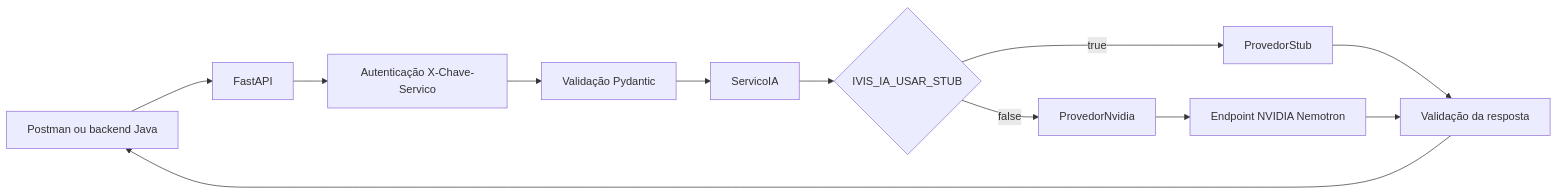
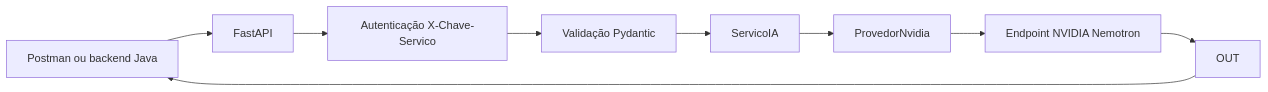
Before and after one commit to JoaoLRS/IVIS: the diagram in etc/plano/iaApi/Guia_Codigo_API_IA.md, drawn with Mermaid. The commit also changed other lines of this file and 363 other files, not shown here.

````diff
--- a/etc/plano/iaApi/Guia_Codigo_API_IA.md
+++ b/etc/plano/iaApi/Guia_Codigo_API_IA.md
@@ -14,14 +14,11 @@
 ```mermaid
 flowchart LR
     C[Postman ou backend Java] --> API[FastAPI]
     API --> AUTH[Autenticação X-Chave-Servico]
     AUTH --> SCH[Validação Pydantic]
     SCH --> SVC[ServicoIA]
-    SVC --> SEL{IVIS_IA_USAR_STUB}
-    SEL -->|true| STUB[ProvedorStub]
-    SEL -->|false| NVIDIA[ProvedorNvidia]
+    SVC --> NVIDIA[ProvedorNvidia]
     NVIDIA --> NIM[Endpoint NVIDIA Nemotron]
-    STUB --> OUT[Validação da resposta]
     NIM --> OUT
     OUT --> C
 ```
````
